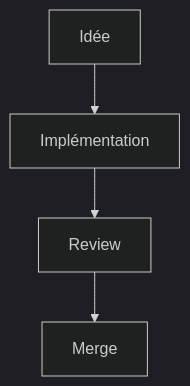
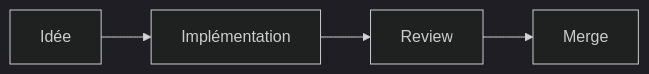
Before and after one commit to Cat-aclsym/documentation: the diagram in src/content/docs/contributing/writing-guidelines.md, drawn with Mermaid (dark theme). The commit also changed 51 other files, not shown here.

Commit message:
docs: Add game sprites, Starlight components and simpler diagrams, with green links and an indented sidebar.

````diff
--- a/src/content/docs/contributing/writing-guidelines.md
+++ b/src/content/docs/contributing/writing-guidelines.md
@@ -56,6 +56,6 @@
 ```mermaid
-flowchart TD
+flowchart LR
 	A[Idée] --> B[Implémentation]
 	B --> C[Review]
 	C --> D[Merge]
 ```
````
